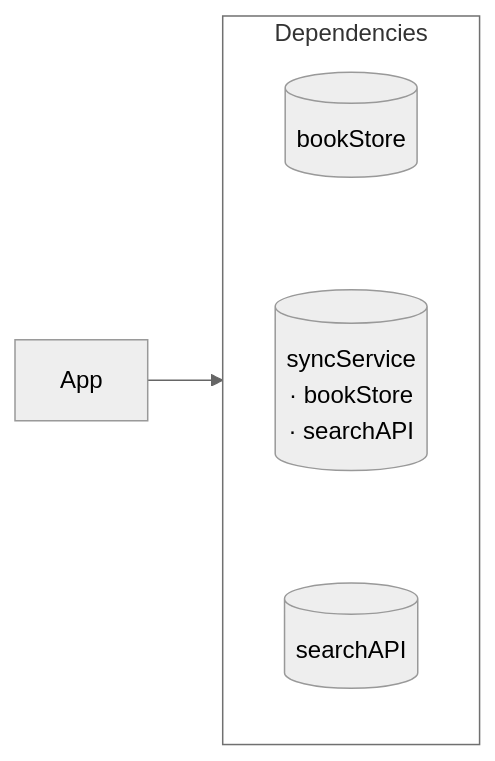
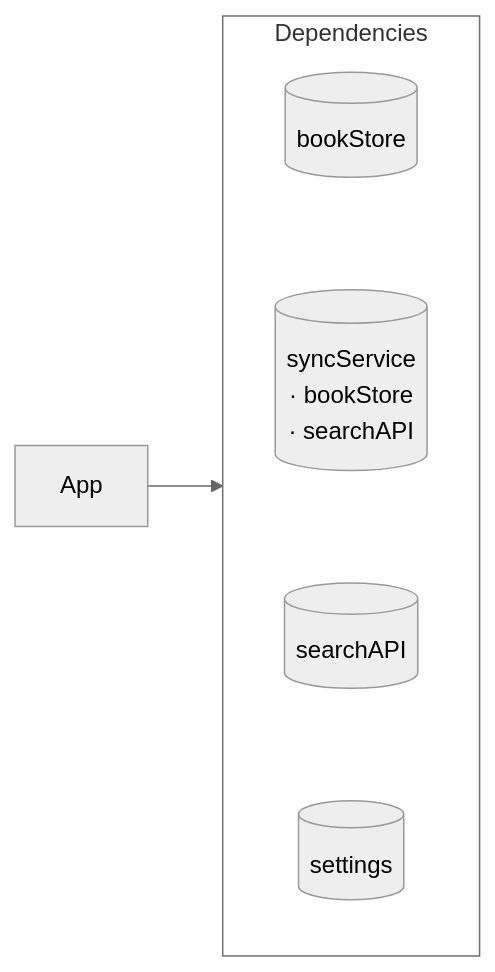
Before and after one commit to sisoje/hypermodular: the second of 3 diagrams in hypermodular/scripts/fixtures/broken/APP-MAP.md, drawn with Mermaid (neutral theme). The commit also changed other lines of this file and 44 other files, not shown here.

````diff
--- a/hypermodular/scripts/fixtures/broken/APP-MAP.md
+++ b/hypermodular/scripts/fixtures/broken/APP-MAP.md
@@ -13,14 +13,15 @@
 ```mermaid
 %% Root: App · Dependencies
 flowchart LR
     subgraph Dependencies
         direction TB
         syncService[("syncService<br/>· bookStore<br/>· searchAPI")]
         bookStore[(bookStore)]
         searchAPI[(searchAPI)]
-        bookStore ~~~ syncService ~~~ searchAPI
+        settings[(settings)]
+        bookStore ~~~ syncService ~~~ searchAPI ~~~ settings
     end
     App --> Dependencies
     classDef deps fill:none
     class Dependencies deps
 ```
````
